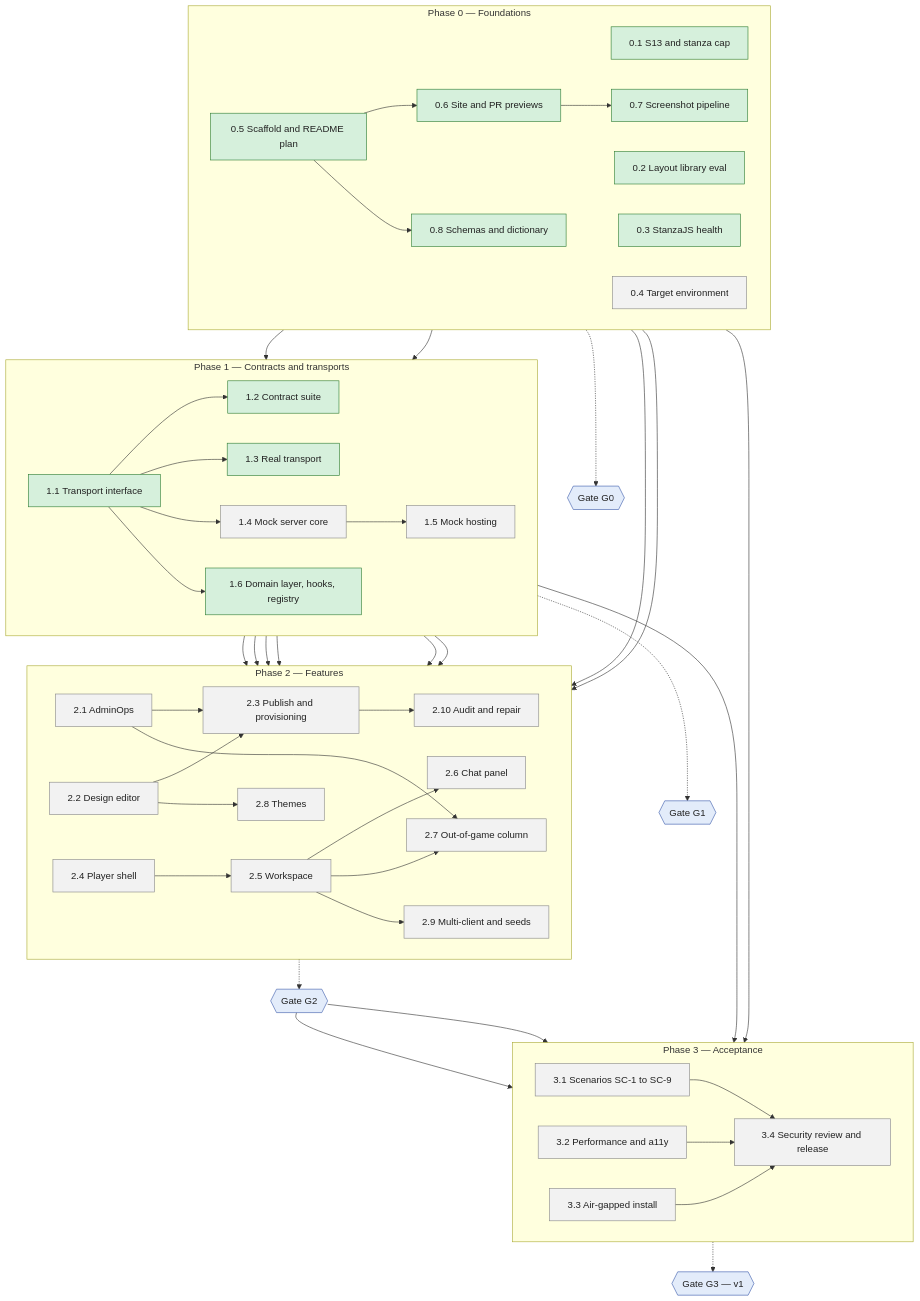
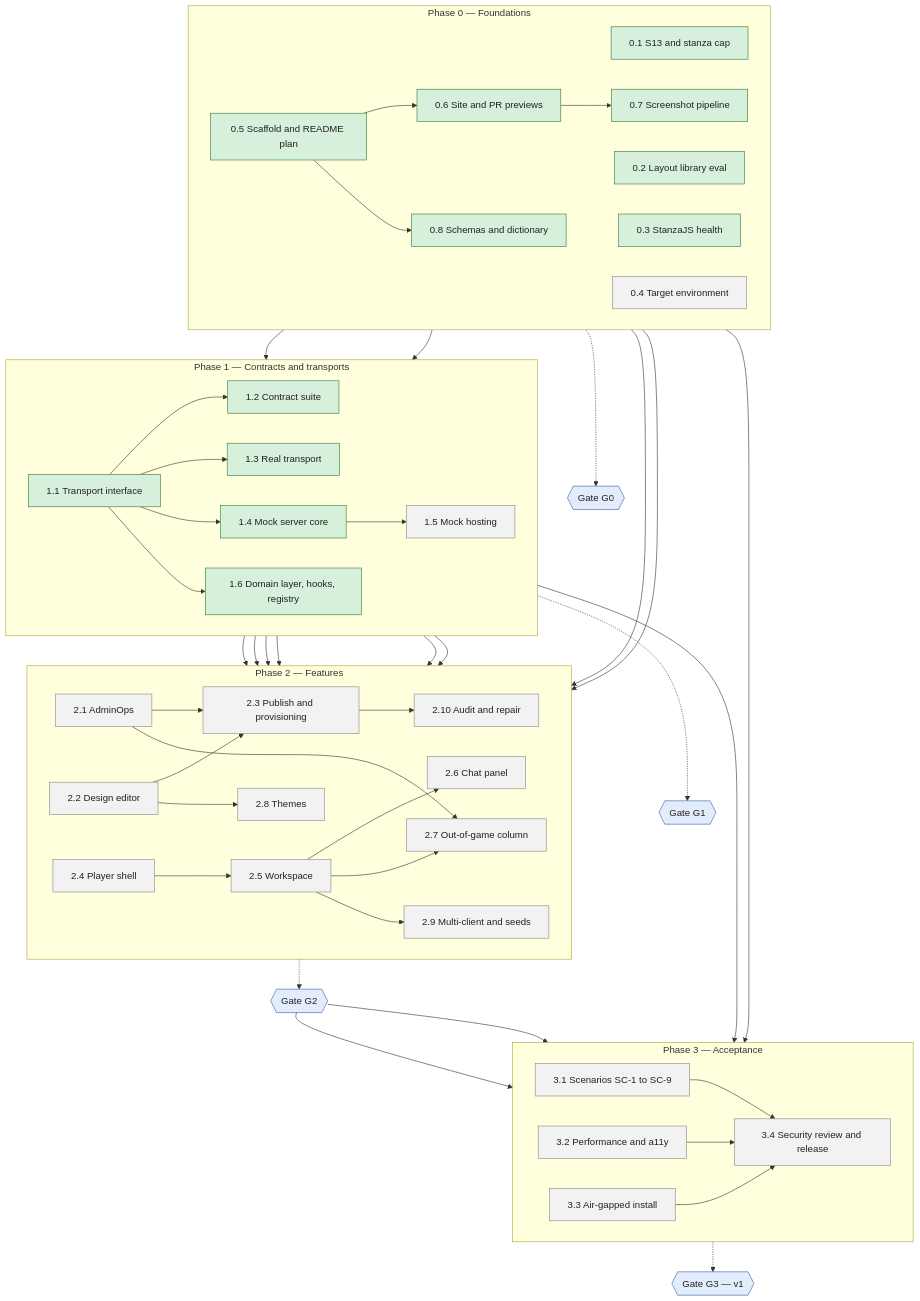
One commit to serge-web/war-rooms-x2 changed the diagram in README.md. Above: the diagram before and after it, drawn with Mermaid. The commit also changed 1 other file, not shown here.

Commit message:
Mark WP 1.4 done
Claude-Session: https://claude.ai/code/session_01TY1E6c57xxT5mxvjEfpJhn

````diff
--- a/README.md
+++ b/README.md
@@ -9,76 +9,76 @@
 ```mermaid
 flowchart TB
     subgraph P0["Phase 0 — Foundations"]
         direction LR
         wp01["0.1 S13 and stanza cap"]
         wp02["0.2 Layout library eval"]
         wp03["0.3 StanzaJS health"]
         wp04["0.4 Target environment"]
         wp05["0.5 Scaffold and README plan"]
         wp06["0.6 Site and PR previews"]
         wp07["0.7 Screenshot pipeline"]
         wp08["0.8 Schemas and dictionary"]
     end
     subgraph P1["Phase 1 — Contracts and transports"]
         direction LR
         wp11["1.1 Transport interface"]
         wp12["1.2 Contract suite"]
         wp13["1.3 Real transport"]
         wp14["1.4 Mock server core"]
         wp15["1.5 Mock hosting"]
         wp16["1.6 Domain layer, hooks, registry"]
     end
     subgraph P2["Phase 2 — Features"]
         direction LR
         wp21["2.1 AdminOps"]
         wp22["2.2 Design editor"]
         wp23["2.3 Publish and provisioning"]
         wp210["2.10 Audit and repair"]
         wp24["2.4 Player shell"]
         wp25["2.5 Workspace"]
         wp26["2.6 Chat panel"]
         wp27["2.7 Out-of-game column"]
         wp28["2.8 Themes"]
         wp29["2.9 Multi-client and seeds"]
     end
     subgraph P3["Phase 3 — Acceptance"]
         direction LR
         wp31["3.1 Scenarios SC-1 to SC-9"]
         wp32["3.2 Performance and a11y"]
         wp33["3.3 Air-gapped install"]
         wp34["3.4 Security review and release"]
     end
     G0{{"Gate G0"}}
     G1{{"Gate G1"}}
     G2{{"Gate G2"}}
     G3{{"Gate G3 — v1"}}
 
     wp05 --> wp06 --> wp07
     wp05 --> wp08
     wp03 & wp08 --> wp11
     wp11 --> wp12 & wp13 & wp14 & wp16
     wp14 --> wp15
     wp13 & wp16 & wp01 --> wp21
     wp16 --> wp22
     wp21 & wp22 --> wp23 --> wp210
     wp16 --> wp24
     wp02 & wp24 --> wp25 --> wp26
     wp25 & wp21 --> wp27
     wp16 & wp22 --> wp28
     wp15 & wp25 --> wp29
     wp04 & wp13 --> wp33
     wp31 & wp32 & wp33 --> wp34
     P0 -.-> G0
     P1 -.-> G1
     P2 -.-> G2
     G2 --> wp31 & wp32
     P3 -.-> G3
 
     classDef todo fill:#f2f2f2,stroke:#888,color:#222
     classDef active fill:#fff1c2,stroke:#c9a000,color:#222,stroke-width:2px
     classDef done fill:#d6f0dc,stroke:#2e7d32,color:#222
     classDef gate fill:#e3ecfa,stroke:#3b5bab,color:#222
-    class wp04,wp14,wp15,wp21,wp22,wp23,wp210,wp24,wp25,wp26,wp27,wp28,wp29,wp31,wp32,wp33,wp34 todo
-    class wp01,wp02,wp03,wp05,wp06,wp07,wp08,wp11,wp12,wp13,wp16 done
+    class wp04,wp15,wp21,wp22,wp23,wp210,wp24,wp25,wp26,wp27,wp28,wp29,wp31,wp32,wp33,wp34 todo
+    class wp01,wp02,wp03,wp05,wp06,wp07,wp08,wp11,wp12,wp13,wp14,wp16 done
     class G0,G1,G2,G3 gate
 ```
````
